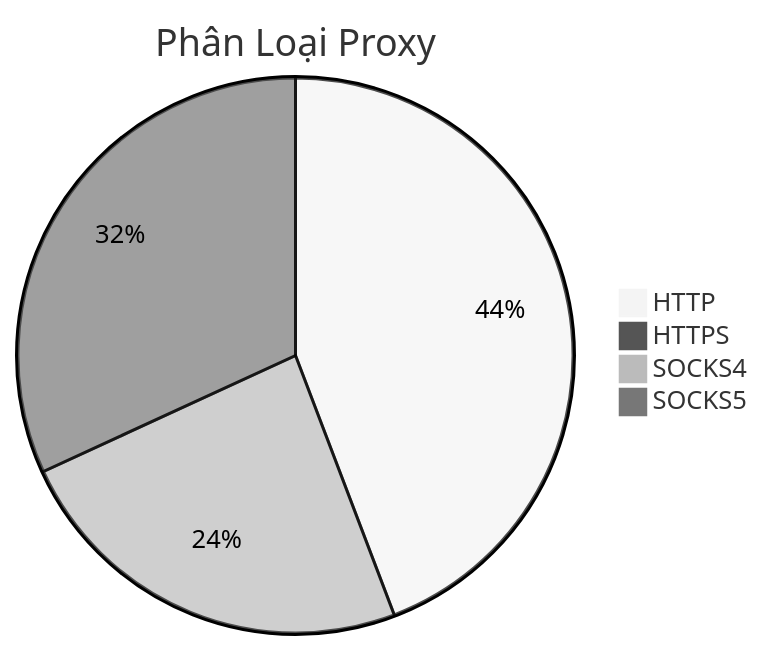
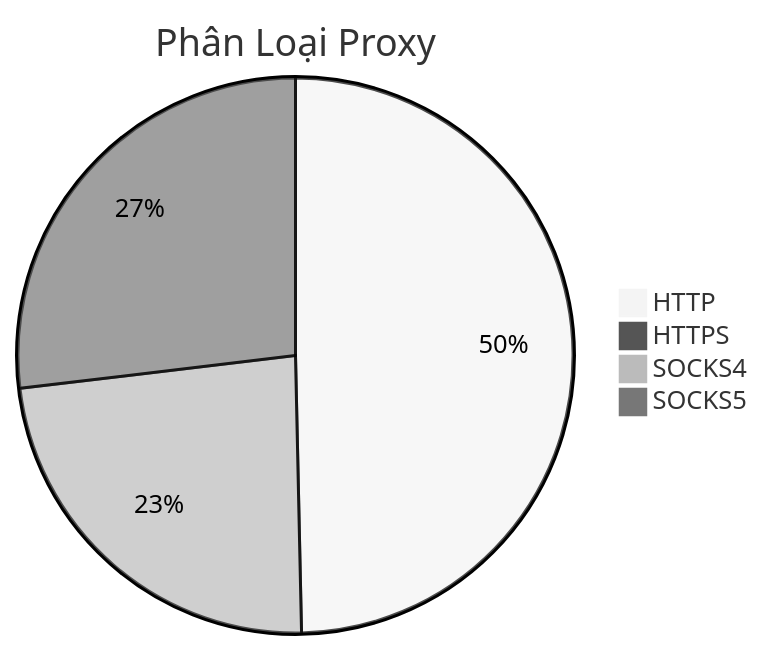
Before and after one commit to Ciara-12/PROXY-free: the diagram in README.md, drawn with Mermaid (neutral theme). The commit also changed other lines of this file and 4 other files, not shown here.

````diff
--- a/README.md
+++ b/README.md
@@ -26,7 +26,7 @@
 ```mermaid
 pie title Phân Loại Proxy
-    "HTTP" : 802
-    "HTTPS" : 2
-    "SOCKS4" : 434
-    "SOCKS5" : 578
+    "HTTP" : 927
+    "HTTPS" : 1
+    "SOCKS4" : 438
+    "SOCKS5" : 502
 ```
````
